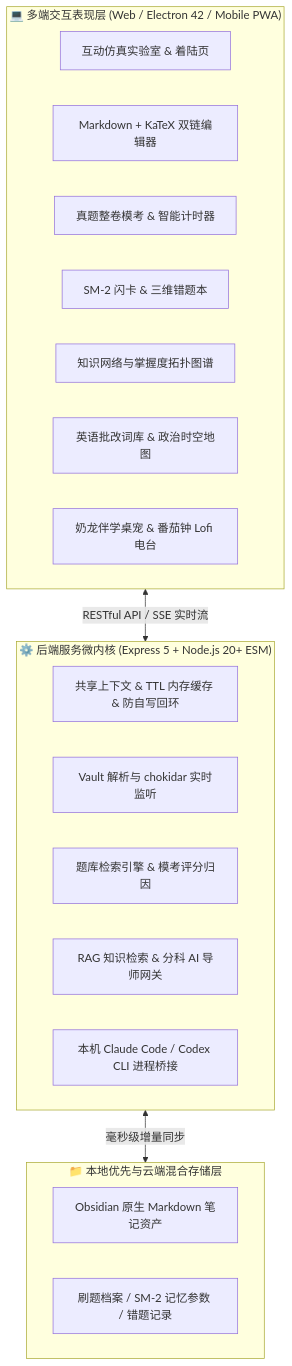
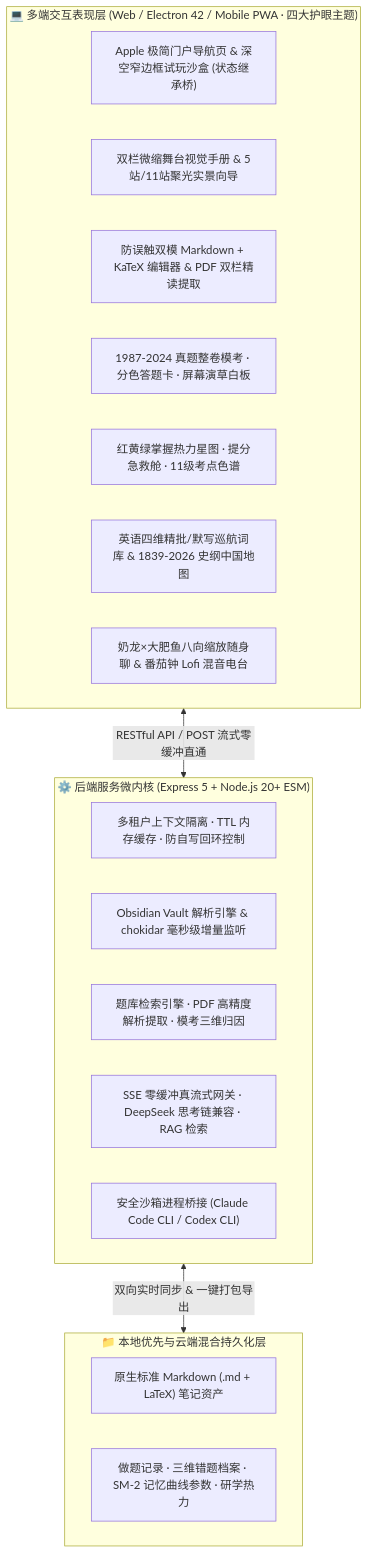
Before and after one commit to qts2218346424-cyber/obsidian-knowledge-viz: the second of 2 diagrams in README.md, drawn with Mermaid. The commit also changed other lines of this file and 23 other files, not shown here.

````diff
--- a/README.md
+++ b/README.md
@@ -188,28 +286,28 @@
 ```mermaid
 flowchart TD
-    subgraph Client["💻 多端交互表现层 (Web / Electron 42 / Mobile PWA)"]
-        UI_Landing["互动仿真实验室 & 着陆页"]
-        UI_Editor["Markdown + KaTeX 双链编辑器"]
-        UI_Quiz["真题整卷模考 & 智能计时器"]
-        UI_Study["SM-2 闪卡 & 三维错题本"]
-        UI_Graph["知识网络与掌握度拓扑图谱"]
-        UI_Subjects["英语批改词库 & 政治时空地图"]
-        UI_Companion["奶龙伴学桌宠 & 番茄钟 Lofi 电台"]
+    subgraph Client["💻 多端交互表现层 (Web / Electron 42 / Mobile PWA · 四大护眼主题)"]
+        UI_Landing["Apple 极简门户导航页 & 深空窄边框试玩沙盒 (状态继承桥)"]
+        UI_Guide["双栏微缩舞台视觉手册 & 5站/11站聚光实景向导"]
+        UI_Editor["防误触双模 Markdown + KaTeX 编辑器 & PDF 双栏精读提取"]
+        UI_Quiz["1987-2024 真题整卷模考 · 分色答题卡 · 屏幕演草白板"]
+        UI_Graph["红黄绿掌握热力星图 · 提分急救舱 · 11级考点色谱"]
+        UI_Subjects["英语四维精批/默写巡航词库 & 1839-2026 史纲中国地图"]
+        UI_Companion["奶龙×大肥鱼八向缩放随身聊 & 番茄钟 Lofi 混音电台"]
     end
 
     subgraph Server["⚙️ 后端服务微内核 (Express 5 + Node.js 20+ ESM)"]
-        CTX["共享上下文 & TTL 内存缓存 & 防自写回环"]
-        R_Vault["Vault 解析与 chokidar 实时监听"]
-        R_Exam["题库检索引擎 & 模考评分归因"]
-        R_AI["RAG 知识检索 & 分科 AI 导师网关"]
-        R_Bridge["本机 Claude Code / Codex CLI 进程桥接"]
+        CTX["多租户上下文隔离 · TTL 内存缓存 · 防自写回环控制"]
+        R_Vault["Obsidian Vault 解析引擎 & chokidar 毫秒级增量监听"]
+        R_Exam["题库检索引擎 · PDF 高精度解析提取 · 模考三维归因"]
+        R_AI["SSE 零缓冲真流式网关 · DeepSeek 思考链兼容 · RAG 检索"]
+        R_Bridge["安全沙箱进程桥接 (Claude Code CLI / Codex CLI)"]
     end
 
-    subgraph Storage["📁 本地优先与云端混合存储层"]
-        MD["Obsidian 原生 Markdown 笔记资产"]
-        DB["刷题档案 / SM-2 记忆参数 / 错题记录"]
+    subgraph Storage["📁 本地优先与云端混合持久化层"]
+        MD["原生标准 Markdown (.md + LaTeX) 笔记资产"]
+        DB["做题记录 · 三维错题档案 · SM-2 记忆曲线参数 · 研学热力"]
     end
 
-    Client <-->|"RESTful API / SSE 实时流"| Server
-    Server <-->|"毫秒级增量同步"| Storage
+    Client <-->|"RESTful API / POST 流式零缓冲直通"| Server
+    Server <-->|"双向实时同步 & 一键打包导出"| Storage
 ```
````
